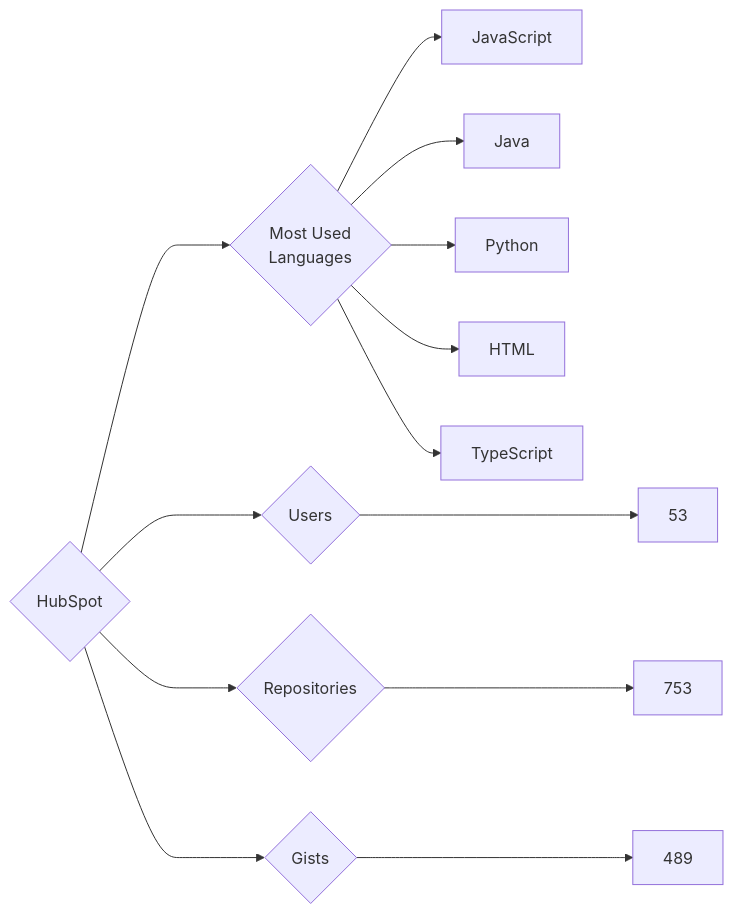
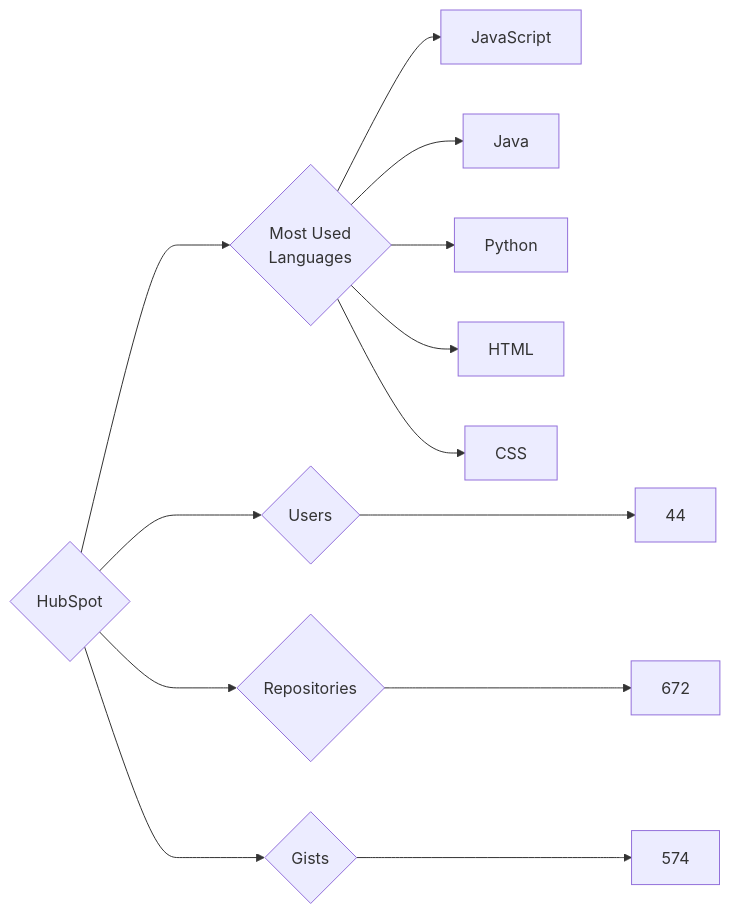
One commit to trickest/insiders changed the diagram in targets/HubSpot/README.md. Above: the diagram before and after it, drawn with Mermaid. The commit also changed 882 other files, not shown here.

````diff
--- a/targets/HubSpot/README.md
+++ b/targets/HubSpot/README.md
@@ -3,13 +3,13 @@
 ```mermaid
 graph LR
 COMPANY_NAME{HubSpot}
-COMPANY_NAME ---> U{Users} ---> UN[53]
-COMPANY_NAME ---> R{Repositories} ---> RN[753]
-COMPANY_NAME ---> G{Gists} ---> GN[489]
+COMPANY_NAME ---> U{Users} ---> UN[44]
+COMPANY_NAME ---> R{Repositories} ---> RN[672]
+COMPANY_NAME ---> G{Gists} ---> GN[574]
 COMPANY_NAME ---> ML{Most Used<br>Languages}
 ML --> JavaScript[JavaScript]
 ML --> Java[Java]
 ML --> Python[Python]
 ML --> HTML[HTML]
-ML --> TypeScript[TypeScript]
+ML --> CSS[CSS]
 ```
````
